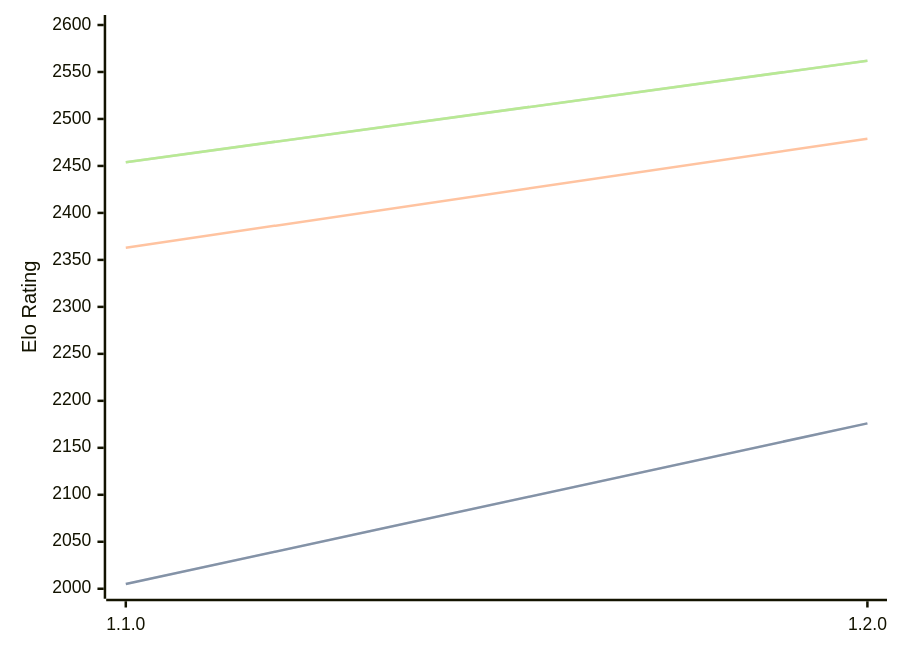
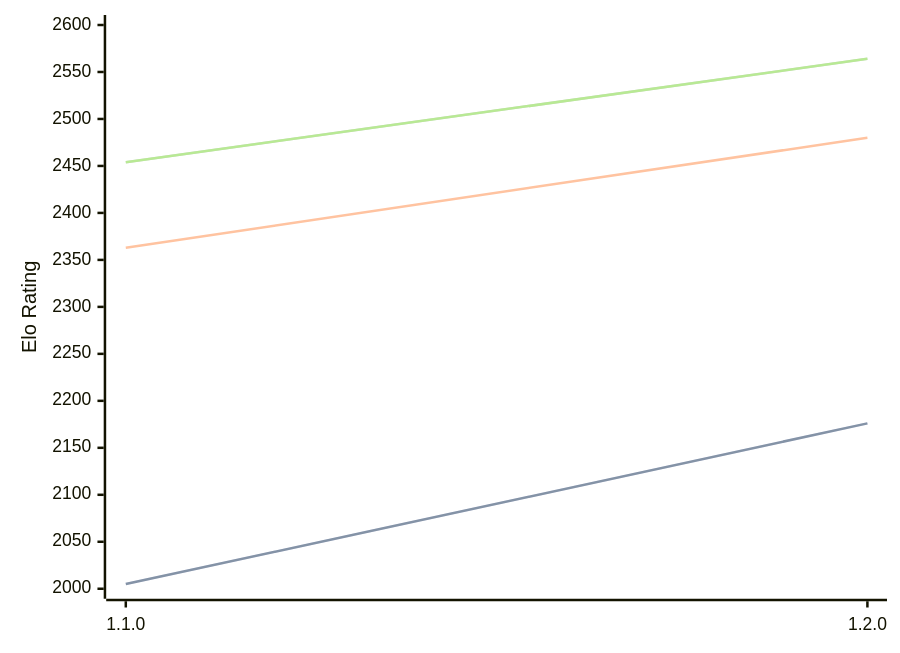
The diagram in engines/Gyatso.md (computer-chess-index/cci), drawn with Mermaid before and after one commit. The commit also changed other lines of this file, not shown here.

Commit message:
Update CCI Ratings (ELO VLTC) - 2026-02-17

````diff
--- a/engines/Gyatso.md
+++ b/engines/Gyatso.md
@@ -30,11 +30,11 @@
 ```mermaid
 %%{init: {"theme":"base","themeVariables":{"seriesColors:['#a3a3a3','#222221','#faa371']}}}%%
 xychart-beta
   x-axis ["1.1.0", "1.2.0"]
   y-axis "Elo Rating" 2000 --> 2600
   line "STC (8.0+0.08s)" [2005, 2176]
   line "STC (8.0+0.08s)" [2005, 2176]
-  line "LTC (60.0+0.60s)" [2363, 2479]
-  line "VLTC (2m24s+1.12s)" [2454, 2562]
-  line "VLTC (2m24s+1.12s)" [2454, 2562]
+  line "LTC (60.0+0.60s)" [2363, 2480]
+  line "VLTC (2m24s+1.12s)" [2454, 2564]
+  line "VLTC (2m24s+1.12s)" [2454, 2564]
 ```
````
